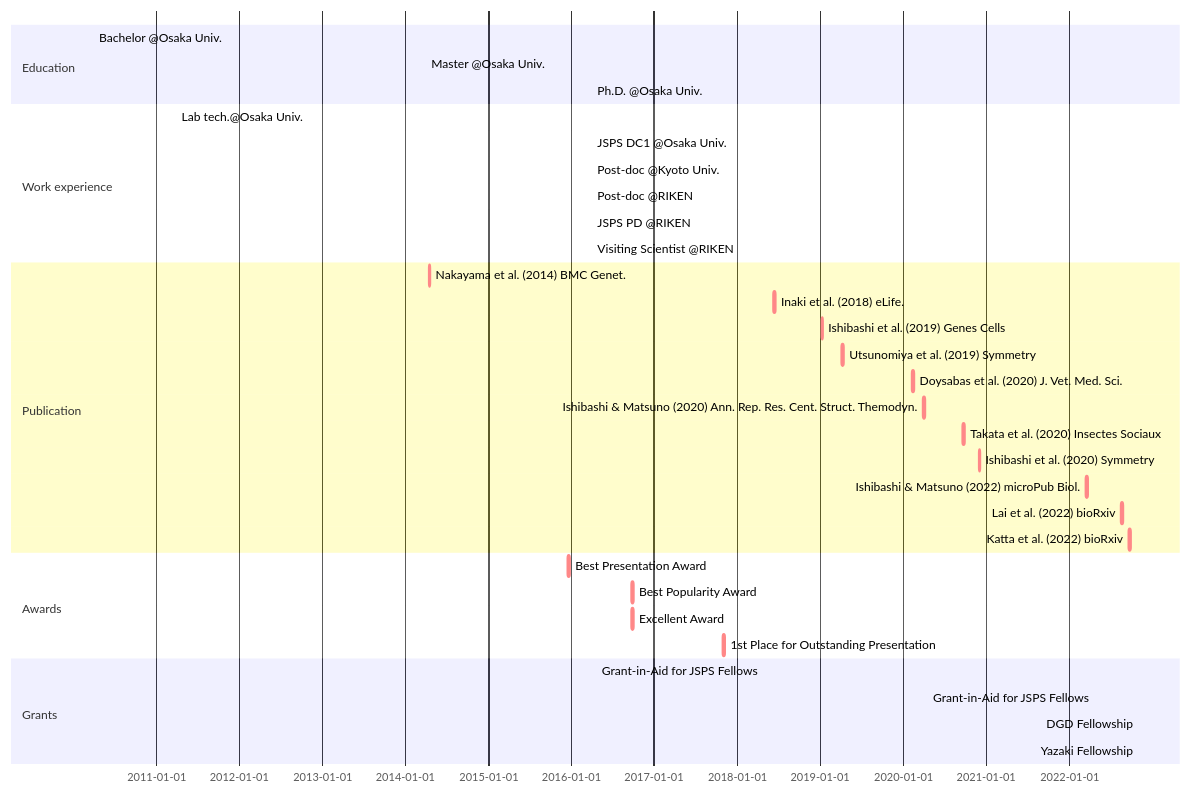
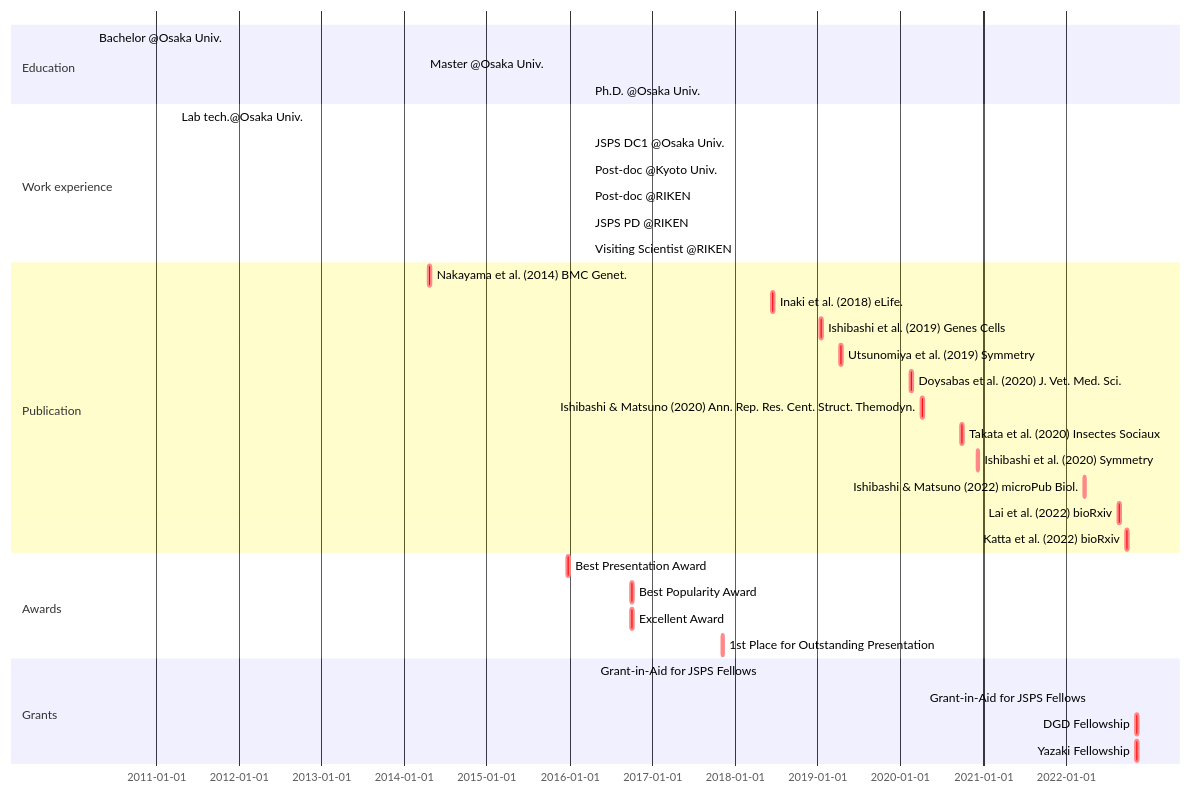
Before and after one commit to ishibaki/ishibaki.github.io: the diagram in _includes/mermaid-cv.md, drawn with Mermaid.

````diff
--- a/_includes/mermaid-cv.md
+++ b/_includes/mermaid-cv.md
@@ -1,36 +1,36 @@
 ```mermaid
 gantt
 section Education
   Bachelor @Osaka Univ. : BS, 2010-04-01, 2014-03-25
   Master @Osaka Univ.   : MS, 2014-04-01, 2016-03-28
   Ph.D. @Osaka Univ.    : Ph.D., 2016-04-01, 2019-03-25
 section Work experience
   Lab tech.@Osaka Univ.     : done, OU-tech, 2011-04-01, 2012-03-31
   JSPS DC1 @Osaka Univ.     : done, DC1, 2016-04-01, 2019-03-31
   Post-doc @Kyoto Univ.     : done, KU-postdoc, after DC1, 2021-04-30
   Post-doc @RIKEN           : done, RIKEN-postdoc, after KU-postdoc, 2022-03-31
   JSPS PD @RIKEN            : active, PD, after RIKEN-postdoc, 2025-03-31
   Visiting Scientist @RIKEN : active, PD, after RIKEN-postdoc, 2025-03-31
 section Publication
-  Nakayama et al. (2014) BMC Genet.         : crit, nakayama2014, 2014-04-16, 1w
-  Inaki et al. (2018) eLife.                : crit, inaki2018, 2018-06-12, 1w
-  Ishibashi et al. (2019) Genes Cells       : crit, ishibashi2019, 2019-01-09, 1w
-  Utsunomiya et al. (2019) Symmetry         : crit, utsunomiya2019, 2019-04-08, 1w
-  Doysabas et al. (2020) J. Vet. Med. Sci.  : crit, doysabas2020, 2020-02-12, 1w
-  Ishibashi & Matsuno (2020) Ann. Rep. Res. Cent. Struct. Themodyn. : crit, ishibashi2020a, 2020-04-01, 1w
-  Takata et al. (2020) Insectes Sociaux     : crit, takata2020, 2020-09-22, 1w
-  Ishibashi et al. (2020) Symmetry          : crit, ishibashi2020b, 2020-12-02, 1w
-  Ishibashi & Matsuno (2022) microPub Biol. : crit, ishibashi2022, 2022-03-18, 1w
-  Lai et al. (2022) bioRxiv                 : crit, Lai2022, 2022-08-20, 1w
-  Katta et al. (2022) bioRxiv               : crit, Katta2022, 2022-09-22, 1w
+  Nakayama et al. (2014) BMC Genet.         : crit, nakayama2014, 2014-04-16, 2w
+  Inaki et al. (2018) eLife.                : crit, inaki2018, 2018-06-12, 2w
+  Ishibashi et al. (2019) Genes Cells       : crit, ishibashi2019, 2019-01-09, 2w
+  Utsunomiya et al. (2019) Symmetry         : crit, utsunomiya2019, 2019-04-08, 2w
+  Doysabas et al. (2020) J. Vet. Med. Sci.  : crit, doysabas2020, 2020-02-12, 2w
+  Ishibashi & Matsuno (2020) Ann. Rep. Res. Cent. Struct. Themodyn. : crit, ishibashi2020a, 2020-04-01, 2w
+  Takata et al. (2020) Insectes Sociaux     : crit, takata2020, 2020-09-22, 2w
+  Ishibashi et al. (2020) Symmetry          : crit, ishibashi2020b, 2020-12-02, 2w
+  Ishibashi & Matsuno (2022) microPub Biol. : crit, ishibashi2022, 2022-03-18, 2w
+  Lai et al. (2022) bioRxiv                 : crit, Lai2022, 2022-08-20, 2w
+  Katta et al. (2022) bioRxiv               : crit, Katta2022, 2022-09-22, 2w
 section Awards
-  Best Presentation Award                : crit, aw_1, 2015-12-20, 1w
-  Best Popularity Award                  : crit, aw_2, 2016-09-25, 1w
-  Excellent Award                        : crit, aw_3, 2016-09-25, 1w
-  1st Place for Outstanding Presentation : crit, aw_4, 2017-11-01, 1w
+  Best Presentation Award                : crit, aw_1, 2015-12-20, 2w
+  Best Popularity Award                  : crit, aw_2, 2016-09-25, 2w
+  Excellent Award                        : crit, aw_3, 2016-09-25, 2w
+  1st Place for Outstanding Presentation : crit, aw_4, 2017-11-01, 2w
 section Grants
   Grant-in-Aid for JSPS Fellows : done, grant_DC1, 2016-04-22, 2019-03-31
   Grant-in-Aid for JSPS Fellows : active, grant_PD, 2022-04-22, 2025-03-31
-  DGD Fellowship:                 crit, dgd_fellowship, 2022-11-04, 2022-11-12
-  Yazaki Fellowship:              crit, yazaki_fellowship, 2022-11-04, 2022-11-12
+  DGD Fellowship:                 crit, dgd_fellowship, 2022-11-04, 2w
+  Yazaki Fellowship:              crit, yazaki_fellowship, 2022-11-04, 2w
 ```
````
